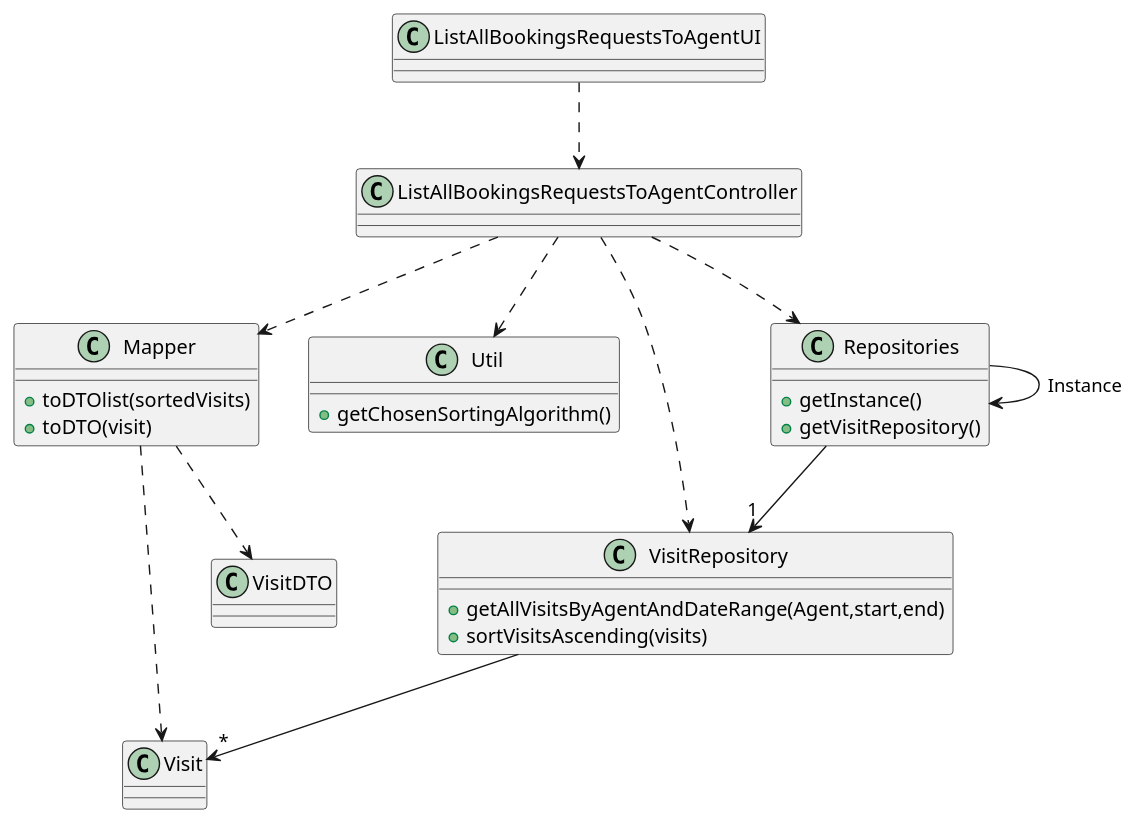
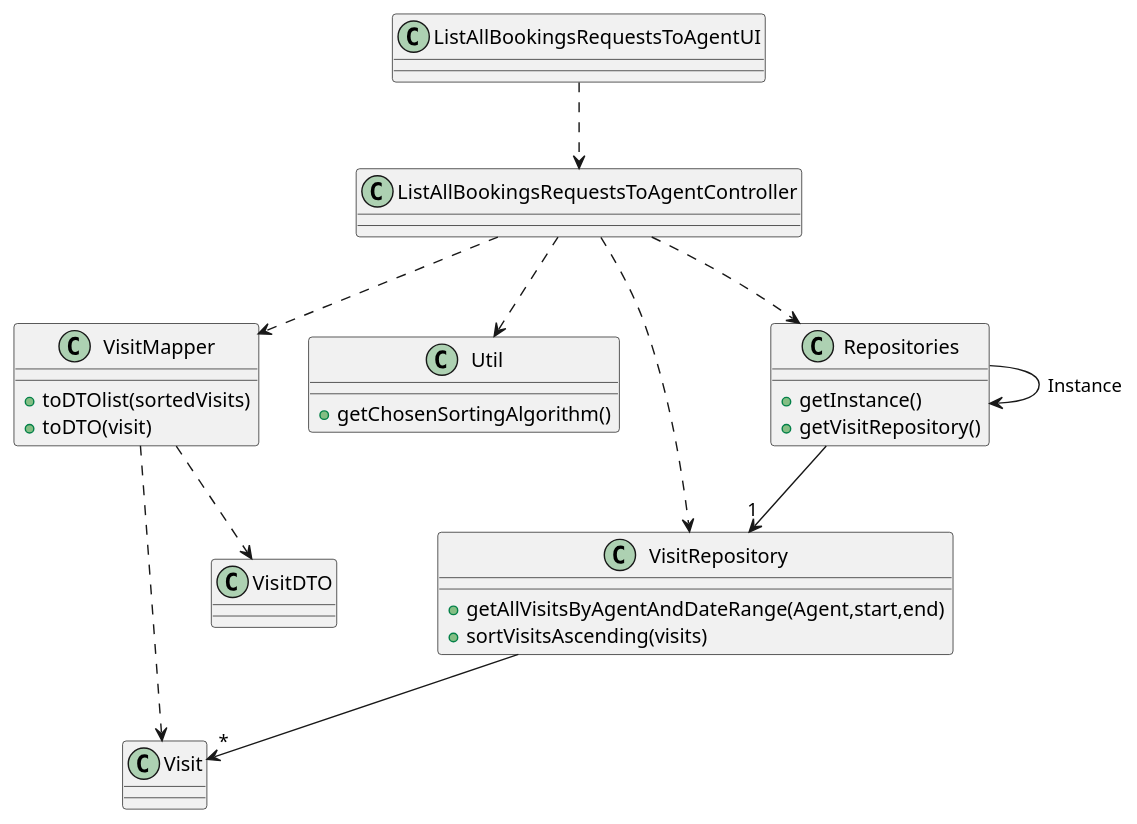
The diagram in docs/sprintD/US015/03.design/puml/US015_CD.puml (tiagohcorreia/LAPR2), drawn with PlantUML before and after one commit. The commit also changed 6 other files, not shown here.

```diff
--- a/docs/sprintD/US015/03.design/puml/US015_CD.puml
+++ b/docs/sprintD/US015/03.design/puml/US015_CD.puml
@@ -1,75 +1,75 @@
 @startuml
 
 class Visit {
   
 }
 
-class Mapper {
+class VisitMapper {
   
     +toDTOlist(sortedVisits)
     +toDTO(visit)
 
 }
 
 class VisitDTO {
   
 }
 
 class Util {
   
     +getChosenSortingAlgorithm()
     
 
 }
 
 
 class ListAllBookingsRequestsToAgentUI {
 
     
 
 }
 
 class ListAllBookingsRequestsToAgentController {
 
   
 }
 
 class VisitRepository {
 
     +getAllVisitsByAgentAndDateRange(Agent,start,end)
     +sortVisitsAscending(visits)
 
 }
 
 
 
 
 class Repositories {
 
     +getInstance()
     +getVisitRepository()
 
 }
 
 
 ListAllBookingsRequestsToAgentUI -[dashed]-> ListAllBookingsRequestsToAgentController
 ListAllBookingsRequestsToAgentController-[dashed]-> Repositories
 ListAllBookingsRequestsToAgentController-[dashed]-> VisitRepository
-ListAllBookingsRequestsToAgentController-[dashed]-> Mapper
+ListAllBookingsRequestsToAgentController-[dashed]-> VisitMapper
 ListAllBookingsRequestsToAgentController-[dashed]-> Util
-Mapper -[dashed]-> VisitDTO
-Mapper -[dashed]-> Visit
+VisitMapper -[dashed]-> VisitDTO
+VisitMapper -[dashed]-> Visit
 
 
 VisitRepository -down-> "*" Visit
 
 Repositories --> Repositories: Instance
 
 Repositories -->"1" VisitRepository
 
 
 
 
 
 
 @enduml
```
